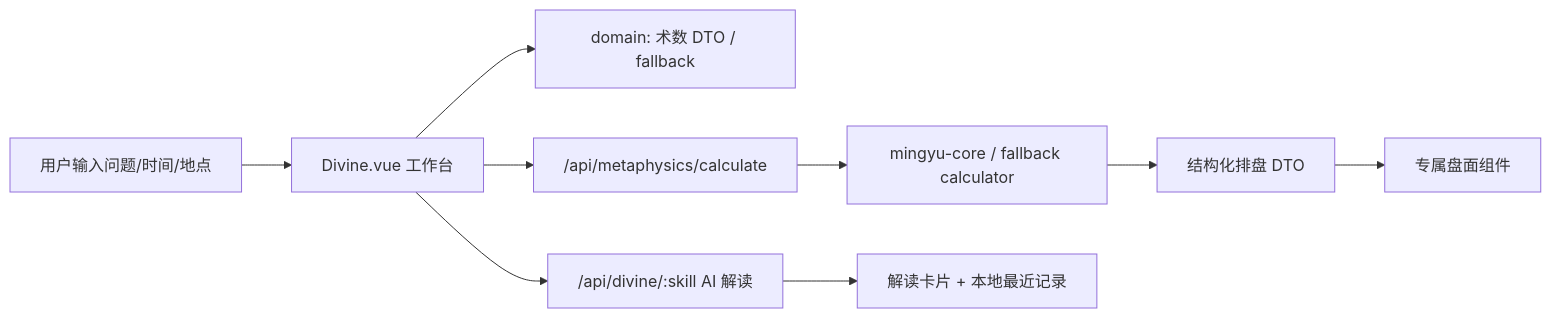
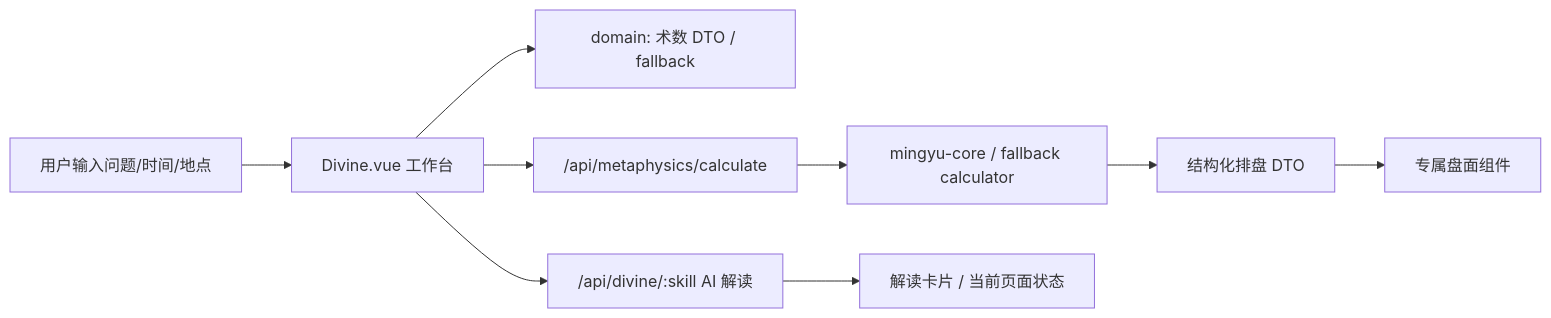
Before and after one commit to zaz52/yulesuangua: the diagram in docs/metaphysics-workbench-mvp.md, drawn with Mermaid. The commit also changed other lines of this file and 8 other files, not shown here.

````diff
--- a/docs/metaphysics-workbench-mvp.md
+++ b/docs/metaphysics-workbench-mvp.md
@@ -7,11 +7,11 @@
 ```mermaid
 flowchart LR
   User["用户输入问题/时间/地点"] --> View["Divine.vue 工作台"]
   View --> Domain["domain: 术数 DTO / fallback"]
   View --> API["/api/metaphysics/calculate"]
   API --> Engine["mingyu-core / fallback calculator"]
   Engine --> DTO["结构化排盘 DTO"]
   DTO --> Board["专属盘面组件"]
   View --> LLM["/api/divine/:skill AI 解读"]
-  LLM --> Result["解读卡片 + 本地最近记录"]
+  LLM --> Result["解读卡片 / 当前页面状态"]
 ```
````
